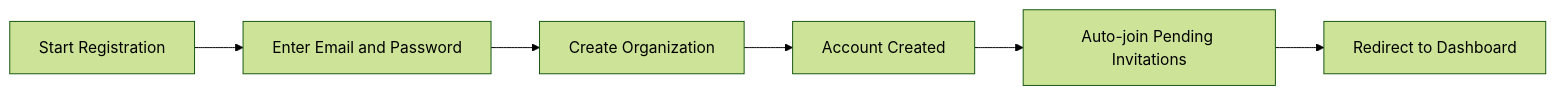
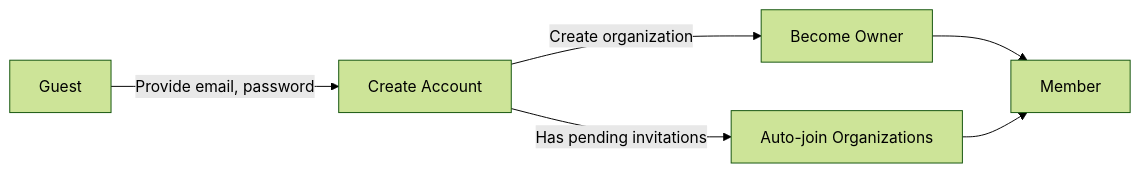
The first of 6 diagrams in z-ai/glm-5/erp/docs/analysis/01-actors-and-auth.md (wrtnlabs/autobe-examples), drawn with Mermaid (forest theme) before and after one commit. The commit also changed other lines of this file and 3761 other files, not shown here.

````diff
--- a/z-ai/glm-5/erp/docs/analysis/01-actors-and-auth.md
+++ b/z-ai/glm-5/erp/docs/analysis/01-actors-and-auth.md
@@ -81,8 +162,8 @@
 ```mermaid
 flowchart LR
-    A["Start Registration"] --> B["Enter Email and Password"]
-    B --> C["Create Organization"]
-    C --> D["Account Created"]
-    D --> E["Auto-join Pending Invitations"]
-    E --> F["Redirect to Dashboard"]
+    A["Guest"] -->|"Provide email, password"| B["Create Account"]
+    B -->|"Create organization"| C["Become Owner"]
+    B -->|"Has pending invitations"| D["Auto-join Organizations"]
+    C --> E["Member"]
+    D --> E
 ```
````
